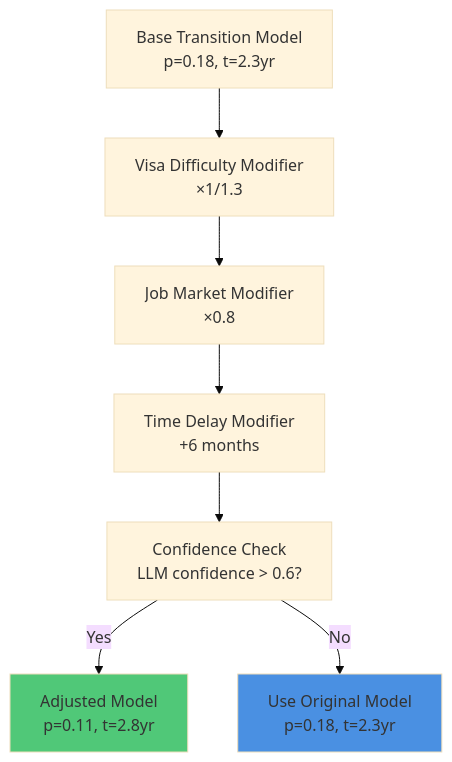
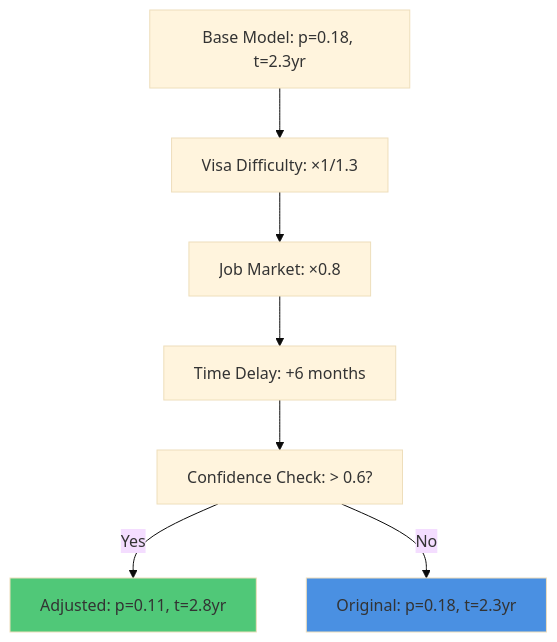
The ninth of 20 diagrams in ldc_flowcharts.md (Nishant-coder-cpu/testing), drawn with Mermaid (base theme) before and after one commit. The commit also changed other lines of this file, not shown here.

````diff
--- a/ldc_flowcharts.md
+++ b/ldc_flowcharts.md
@@ -503,24 +500,24 @@
 ```mermaid
 graph TB
-    BASE[Base Transition Model<br/>p=0.18, t=2.3yr]
+    BASE["Base Model: p=0.18, t=2.3yr"]
     
-    MOD1[Visa Difficulty Modifier<br/>×1/1.3]
-    MOD2[Job Market Modifier<br/>×0.8]
-    MOD3[Time Delay Modifier<br/>+6 months]
+    MOD1["Visa Difficulty: ×1/1.3"]
+    MOD2["Job Market: ×0.8"]
+    MOD3["Time Delay: +6 months"]
     
-    CONF[Confidence Check<br/>LLM confidence > 0.6?]
+    CONF["Confidence Check: > 0.6?"]
     
-    ADJ[Adjusted Model<br/>p=0.11, t=2.8yr]
-    ORIG[Use Original Model<br/>p=0.18, t=2.3yr]
+    ADJ["Adjusted: p=0.11, t=2.8yr"]
+    ORIG["Original: p=0.18, t=2.3yr"]
     
     BASE --> MOD1
     MOD1 --> MOD2
     MOD2 --> MOD3
     MOD3 --> CONF
     
     CONF -->|Yes| ADJ
     CONF -->|No| ORIG
     
     style ADJ fill:#50C878
     style ORIG fill:#4A90E2
 ```
````
